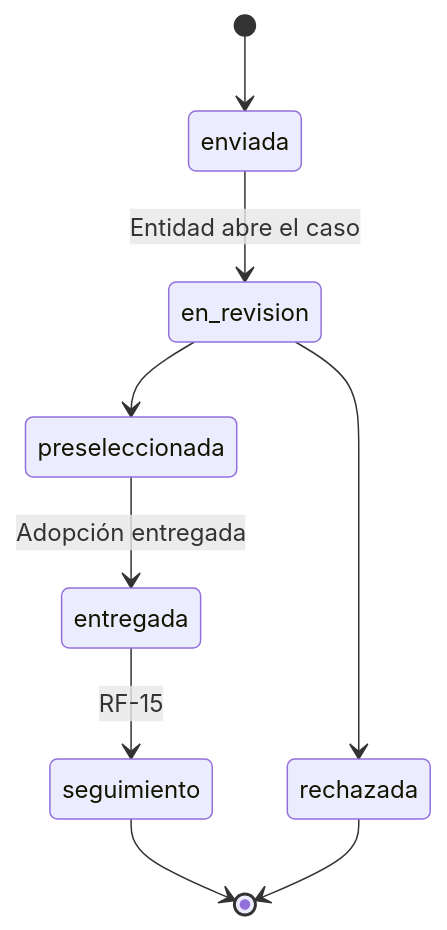
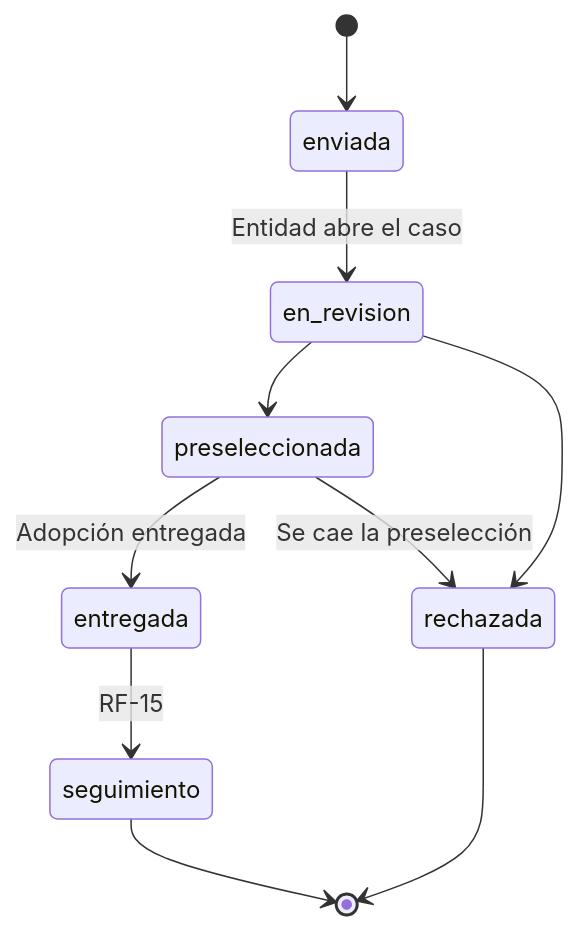
Diagram 13 of 14 in documentacion/02-planeacion-y-diseno/2.2-uml.md (juliodparada-bit/plataforma-refugios-fauna-domestica-bogota), drawn with Mermaid before and after one commit. The commit also changed other lines of this file and 93 other files, not shown here.

````diff
--- a/documentacion/02-planeacion-y-diseno/2.2-uml.md
+++ b/documentacion/02-planeacion-y-diseno/2.2-uml.md
@@ -435,11 +454,12 @@
 ```mermaid
 stateDiagram-v2
     [*] --> enviada
     enviada --> en_revision : Entidad abre el caso
     en_revision --> preseleccionada
     en_revision --> rechazada
     preseleccionada --> entregada : Adopción entregada
+    preseleccionada --> rechazada : Se cae la preselección
     entregada --> seguimiento : RF-15
     seguimiento --> [*]
     rechazada --> [*]
 ```
````
